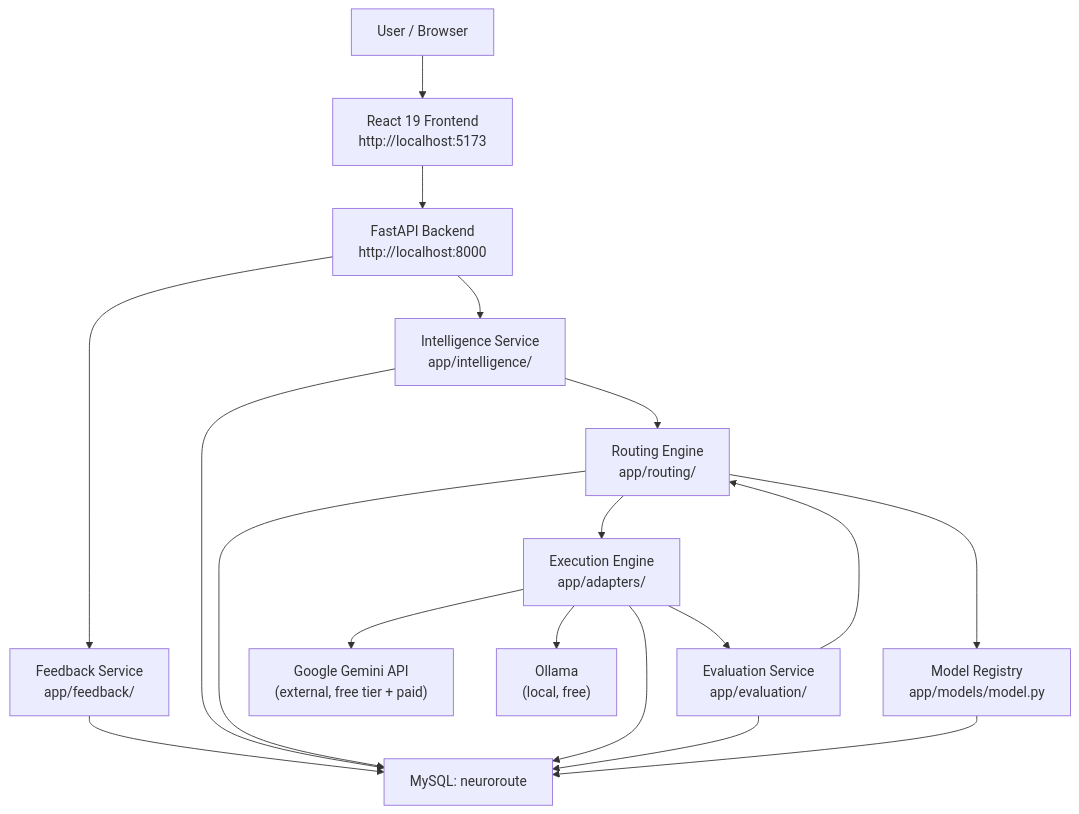
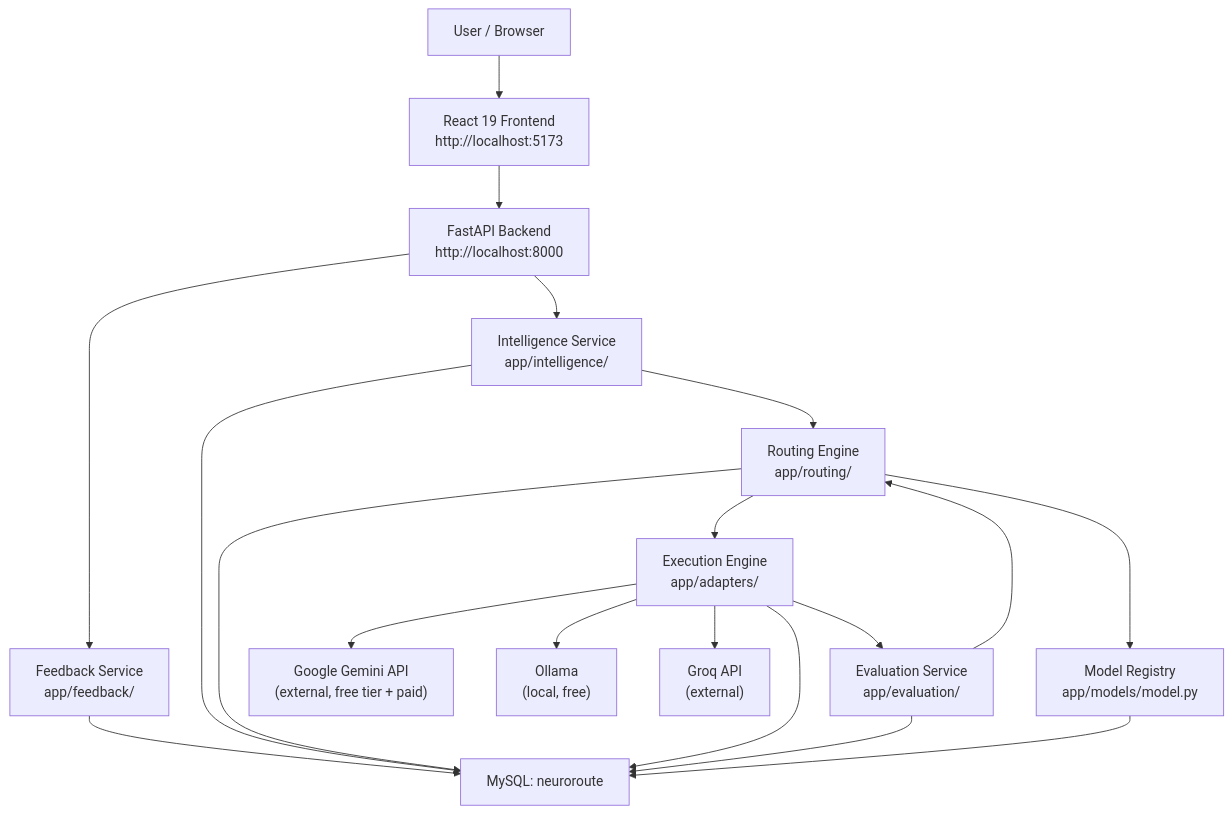
The first of 2 diagrams in .kiro/specs/neuroroute-mvp/design.md (Nathish-K/NeuroRoute), drawn with Mermaid before and after one commit. The commit also changed other lines of this file and 10 other files, not shown here.

````diff
--- a/.kiro/specs/neuroroute-mvp/design.md
+++ b/.kiro/specs/neuroroute-mvp/design.md
@@ -15,33 +15,35 @@
 ```mermaid
 graph TD
     User["User / Browser"]
     FE["React 19 Frontend\nhttp://localhost:5173"]
     BE["FastAPI Backend\nhttp://localhost:8000"]
     INT["Intelligence Service\napp/intelligence/"]
     ROUTE["Routing Engine\napp/routing/"]
     EXEC["Execution Engine\napp/adapters/"]
     EVAL["Evaluation Service\napp/evaluation/"]
     FB["Feedback Service\napp/feedback/"]
     REG["Model Registry\napp/models/model.py"]
     GEM["Google Gemini API\n(external, free tier + paid)"]
     OLL["Ollama\n(local, free)"]
+    GROQ["Groq API\n(external)"]
     DB["MySQL: neuroroute"]
 
     User --> FE
     FE --> BE
     BE --> INT
     INT --> ROUTE
     ROUTE --> REG
     ROUTE --> EXEC
     EXEC --> GEM
     EXEC --> OLL
+    EXEC --> GROQ
     EXEC --> EVAL
     EVAL --> ROUTE
     BE --> FB
     FB --> DB
     INT --> DB
     ROUTE --> DB
     EXEC --> DB
     EVAL --> DB
     REG --> DB
 ```
````
